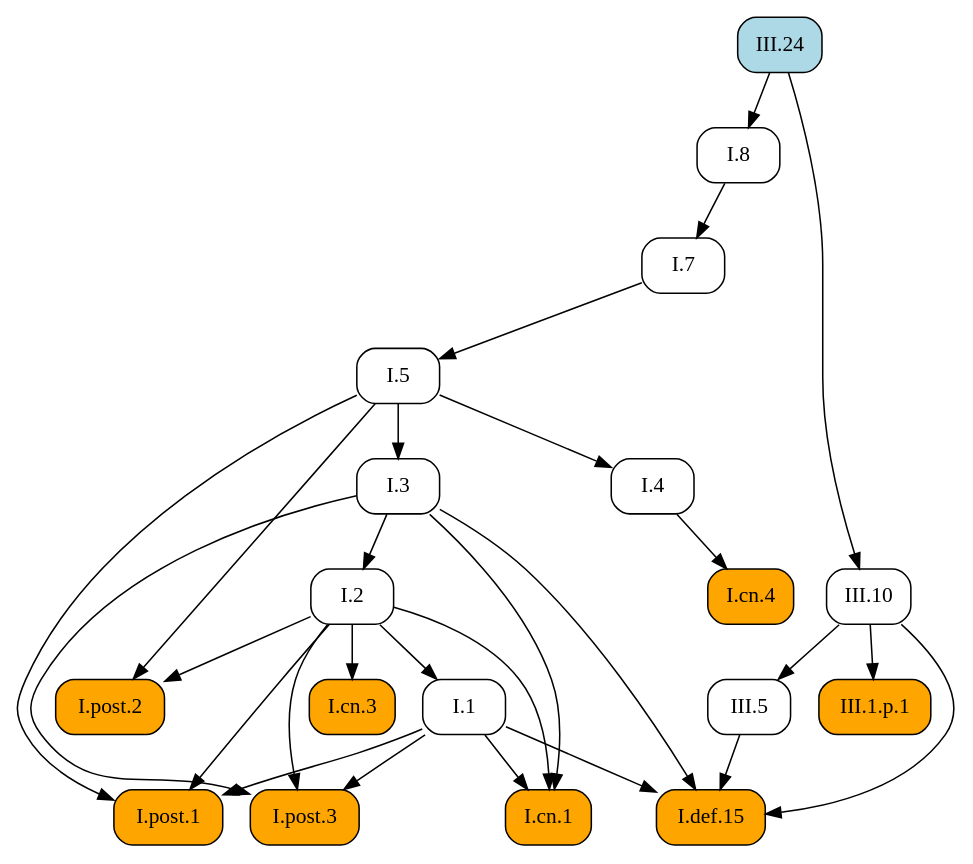
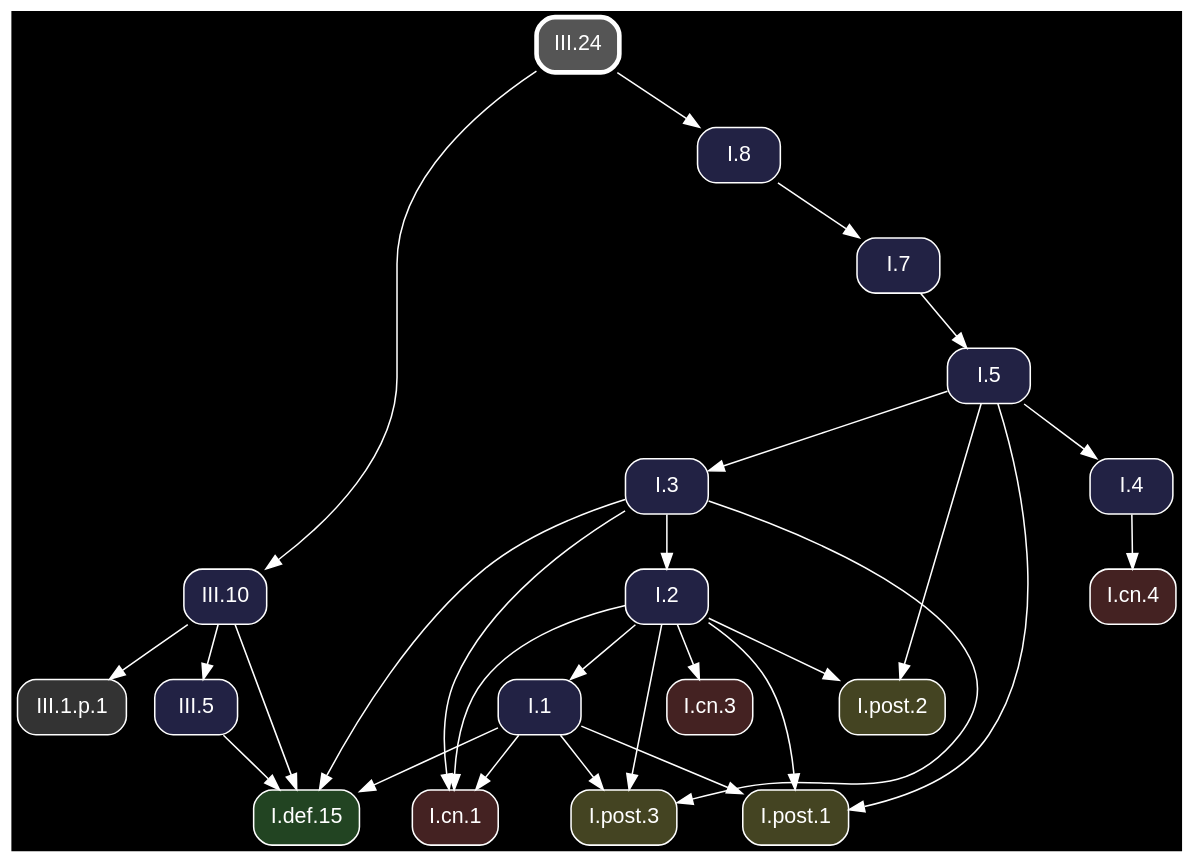
One commit to geometor/elements changed the diagram in docsrc/heath/III/24/index.rst. Above: the diagram before and after it, drawn with Graphviz. The commit also changed other lines of this file and 1200 other files, not shown here.

Commit message:
update dependency graphs

```diff
--- a/docsrc/heath/III/24/index.rst
+++ b/docsrc/heath/III/24/index.rst
@@ -52,51 +52,53 @@
 .. graphviz::
 
    digraph {
+     bgcolor="black";
+     node [shape=box, style="rounded,filled", fontname="Helvetica", color="white", fontcolor="white"];
+     edge [color="white", fontcolor="white"];
      rankdir="TB";
-     node [shape=box, style=rounded];
-     "I.cn.1" [style="rounded,filled", fillcolor=orange, URL="/heath/I/cn.1/", target="_top"];
-     "I.7" [URL="/heath/I/7/", target="_top"];
-     "III.24" [style="rounded,filled", fillcolor=lightblue, URL="/heath/III/24/", target="_top"];
-     "I.2" [URL="/heath/I/2/", target="_top"];
-     "I.def.15" [style="rounded,filled", fillcolor=orange, URL="/heath/I/def.15/", target="_top"];
-     "I.4" [URL="/heath/I/4/", target="_top"];
-     "I.1" [URL="/heath/I/1/", target="_top"];
-     "I.5" [URL="/heath/I/5/", target="_top"];
-     "I.post.1" [style="rounded,filled", fillcolor=orange, URL="/heath/I/post.1/", target="_top"];
-     "I.8" [URL="/heath/I/8/", target="_top"];
-     "I.post.3" [style="rounded,filled", fillcolor=orange, URL="/heath/I/post.3/", target="_top"];
-     "I.cn.3" [style="rounded,filled", fillcolor=orange, URL="/heath/I/cn.3/", target="_top"];
-     "III.10" [URL="/heath/III/10/", target="_top"];
-     "III.1.p.1" [style="rounded,filled", fillcolor=orange];
-     "I.cn.4" [style="rounded,filled", fillcolor=orange, URL="/heath/I/cn.4/", target="_top"];
-     "I.post.2" [style="rounded,filled", fillcolor=orange, URL="/heath/I/post.2/", target="_top"];
-     "I.3" [URL="/heath/I/3/", target="_top"];
-     "III.5" [URL="/heath/III/5/", target="_top"];
+     "III.10" [fillcolor="#222244", URL="/heath/III/10/", target="_top"];
+     "I.3" [fillcolor="#222244", URL="/heath/I/3/", target="_top"];
+     "I.post.1" [fillcolor="#444422", URL="/heath/I/post.1/", target="_top"];
+     "I.cn.1" [fillcolor="#442222", URL="/heath/I/cn.1/", target="_top"];
+     "I.cn.3" [fillcolor="#442222", URL="/heath/I/cn.3/", target="_top"];
+     "I.post.2" [fillcolor="#444422", URL="/heath/I/post.2/", target="_top"];
+     "I.2" [fillcolor="#222244", URL="/heath/I/2/", target="_top"];
+     "I.5" [fillcolor="#222244", URL="/heath/I/5/", target="_top"];
+     "I.cn.4" [fillcolor="#442222", URL="/heath/I/cn.4/", target="_top"];
+     "I.1" [fillcolor="#222244", URL="/heath/I/1/", target="_top"];
+     "I.8" [fillcolor="#222244", URL="/heath/I/8/", target="_top"];
+     "I.4" [fillcolor="#222244", URL="/heath/I/4/", target="_top"];
+     "I.post.3" [fillcolor="#444422", URL="/heath/I/post.3/", target="_top"];
+     "III.24" [penwidth=3, color="white", fillcolor="#555555", URL="/heath/III/24/", target="_top"];
+     "III.1.p.1" [fillcolor="#333333"];
+     "III.5" [fillcolor="#222244", URL="/heath/III/5/", target="_top"];
+     "I.def.15" [fillcolor="#224422", URL="/heath/I/def.15/", target="_top"];
+     "I.7" [fillcolor="#222244", URL="/heath/I/7/", target="_top"];
+     "III.24" -> "III.10";
+     "I.5" -> "I.3";
+     "I.1" -> "I.post.1";
+     "I.2" -> "I.post.1";
+     "I.5" -> "I.post.1";
      "I.1" -> "I.cn.1";
      "I.2" -> "I.cn.1";
      "I.3" -> "I.cn.1";
-     "I.8" -> "I.7";
+     "I.2" -> "I.cn.3";
+     "I.2" -> "I.post.2";
+     "I.5" -> "I.post.2";
      "I.3" -> "I.2";
+     "I.7" -> "I.5";
+     "I.4" -> "I.cn.4";
+     "I.2" -> "I.1";
+     "III.24" -> "I.8";
+     "I.5" -> "I.4";
+     "I.1" -> "I.post.3";
+     "I.2" -> "I.post.3";
+     "I.3" -> "I.post.3";
+     "III.10" -> "III.1.p.1";
+     "III.10" -> "III.5";
      "I.1" -> "I.def.15";
      "I.3" -> "I.def.15";
      "III.5" -> "I.def.15";
      "III.10" -> "I.def.15";
-     "I.5" -> "I.4";
-     "I.2" -> "I.1";
-     "I.7" -> "I.5";
-     "I.1" -> "I.post.1";
-     "I.2" -> "I.post.1";
-     "I.5" -> "I.post.1";
-     "III.24" -> "I.8";
-     "I.1" -> "I.post.3";
-     "I.2" -> "I.post.3";
-     "I.3" -> "I.post.3";
-     "I.2" -> "I.cn.3";
-     "III.24" -> "III.10";
-     "III.10" -> "III.1.p.1";
-     "I.4" -> "I.cn.4";
-     "I.2" -> "I.post.2";
-     "I.5" -> "I.post.2";
-     "I.5" -> "I.3";
-     "III.10" -> "III.5";
+     "I.8" -> "I.7";
    }
```
